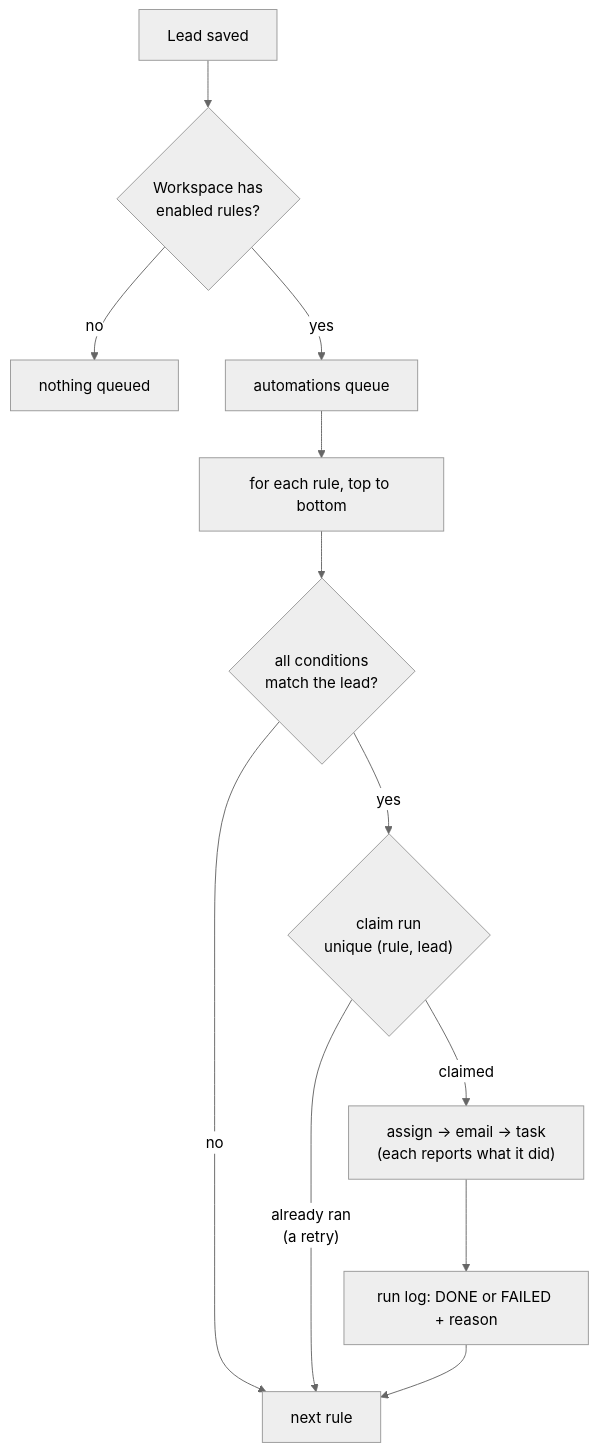
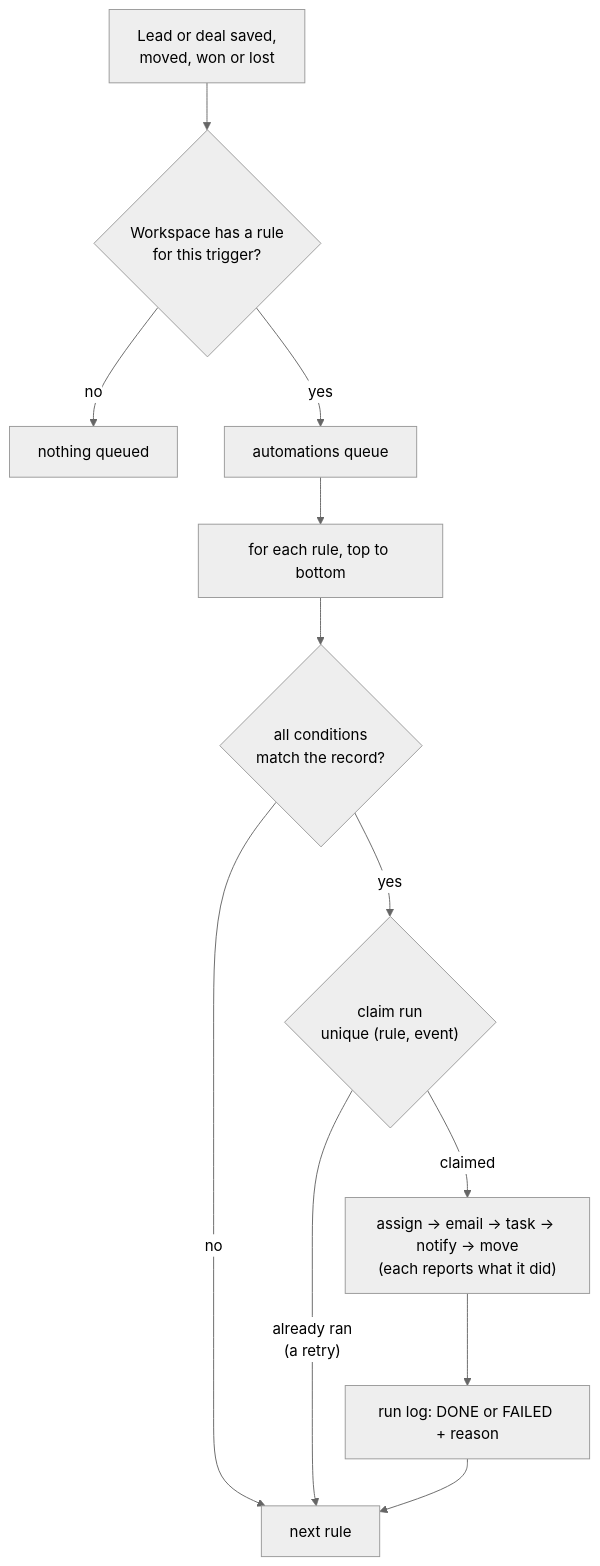
One commit to kavya-thakur/crm changed the fifth of 7 diagrams in README.md. Above: the diagram before and after it, drawn with Mermaid (neutral theme). The commit also changed other lines of this file and 27 other files, not shown here.

First line of the commit message:
Automations for deals, plus stage, won and lost triggers

````diff
--- a/README.md
+++ b/README.md
@@ -387,14 +401,14 @@
 ```mermaid
 flowchart TD
-    L["Lead saved"] --> S{"Workspace has<br/>enabled rules?"}
+    L["Lead or deal saved,<br/>moved, won or lost"] --> S{"Workspace has a rule<br/>for this trigger?"}
     S -- no --> X["nothing queued"]
     S -- yes --> Q["automations queue"]
     Q --> RULES["for each rule, top to bottom"]
-    RULES --> M{"all conditions<br/>match the lead?"}
+    RULES --> M{"all conditions<br/>match the record?"}
     M -- no --> NEXTRULE["next rule"]
-    M -- yes --> CLAIM{"claim run<br/>unique (rule, lead)"}
+    M -- yes --> CLAIM{"claim run<br/>unique (rule, event)"}
     CLAIM -- "already ran<br/>(a retry)" --> NEXTRULE
-    CLAIM -- claimed --> ACT["assign → email → task<br/>(each reports what it did)"]
+    CLAIM -- claimed --> ACT["assign → email → task → notify → move<br/>(each reports what it did)"]
     ACT --> LOG["run log: DONE or FAILED + reason"]
     LOG --> NEXTRULE
 ```
````
